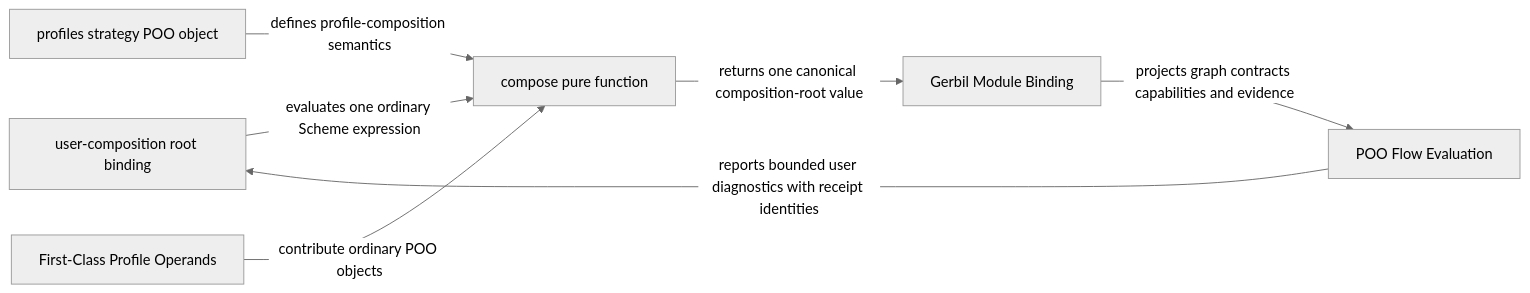
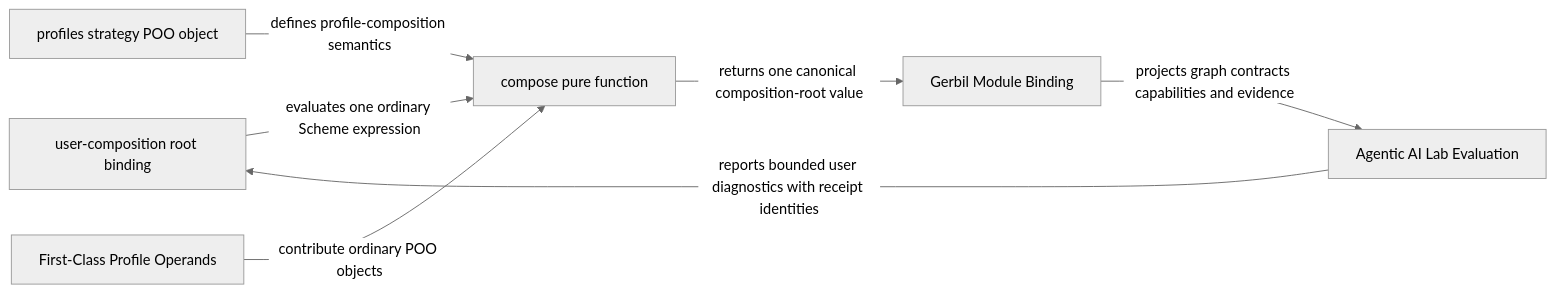
The second of 2 diagrams in module-system/design/45-78-minimal-user-composition-and-three-layer-extension-surface.org (tao3k/gebril-yuanxu), drawn with Mermaid (neutral theme) before and after one commit. The commit also changed other lines of this file and 507 other files, not shown here.

```diff
--- a/module-system/design/45-78-minimal-user-composition-and-three-layer-extension-surface.org
+++ b/module-system/design/45-78-minimal-user-composition-and-three-layer-extension-surface.org
@@ -203,9 +203,9 @@
 #+begin_src mermaid
 flowchart LR
     U["user-composition root binding"] -->|"evaluates one ordinary Scheme expression"| C["compose pure function"]
     S["profiles strategy POO object"] -->|"defines profile-composition semantics"| C
     P["First-Class Profile Operands"] -->|"contribute ordinary POO objects"| C
     C -->|"returns one canonical composition-root value"| R["Gerbil Module Binding"]
-    R -->|"projects graph contracts capabilities and evidence"| E["POO Flow Evaluation"]
+    R -->|"projects graph contracts capabilities and evidence"| E["Agentic AI Lab Evaluation"]
     E -->|"reports bounded user diagnostics with receipt identities"| U
 #+end_src
```
